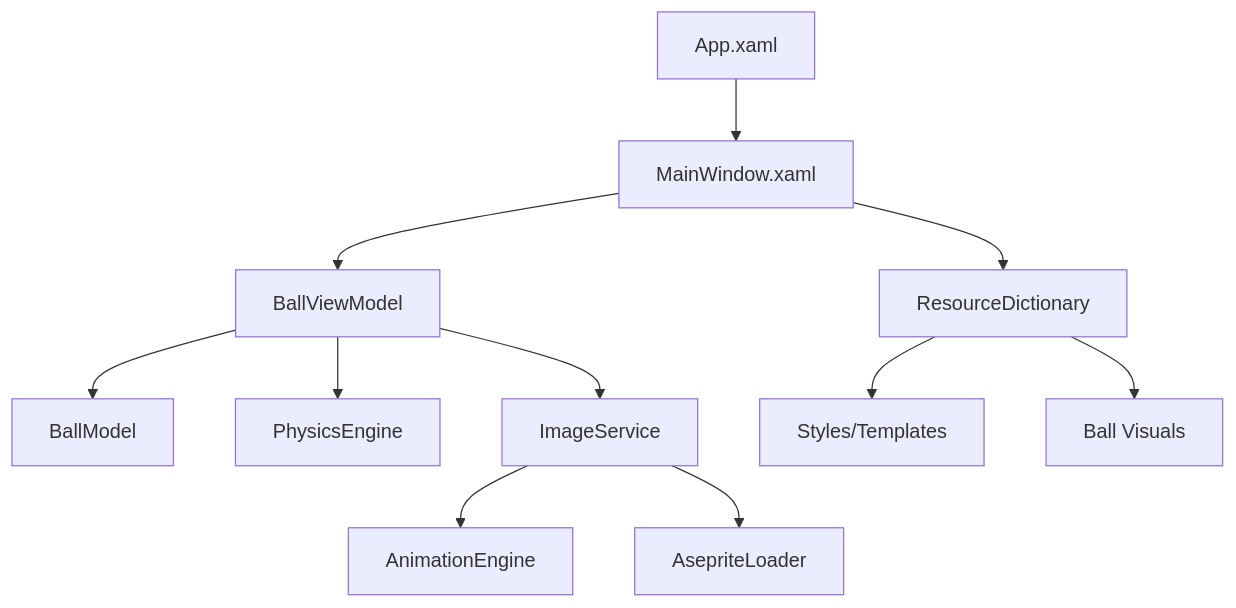
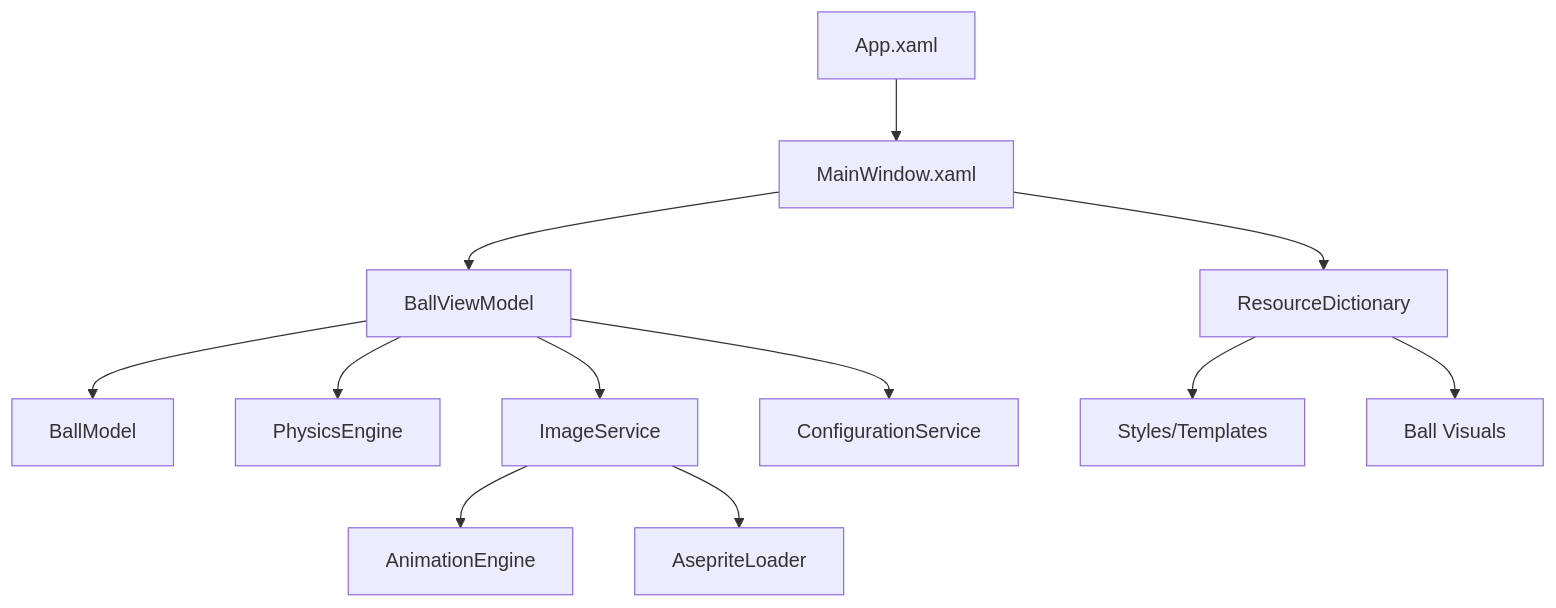
Before and after one commit to svrgn-eu/BallDragDrop: the first of 2 diagrams in .kiro/specs/ball-drag-drop/design.md, drawn with Mermaid. The commit also changed other lines of this file and 29 other files, not shown here.

````diff
--- a/.kiro/specs/ball-drag-drop/design.md
+++ b/.kiro/specs/ball-drag-drop/design.md
@@ -15,13 +15,14 @@
 ```mermaid
 graph TD
     A[App.xaml] --> B[MainWindow.xaml]
     B --> C[BallViewModel]
     C --> D[BallModel]
     C --> E[PhysicsEngine]
     C --> F[ImageService]
     F --> G[AnimationEngine]
     F --> H[AsepriteLoader]
+    C --> L[ConfigurationService]
     B --> I[ResourceDictionary]
     I --> J[Styles/Templates]
     I --> K[Ball Visuals]
 ```
````
